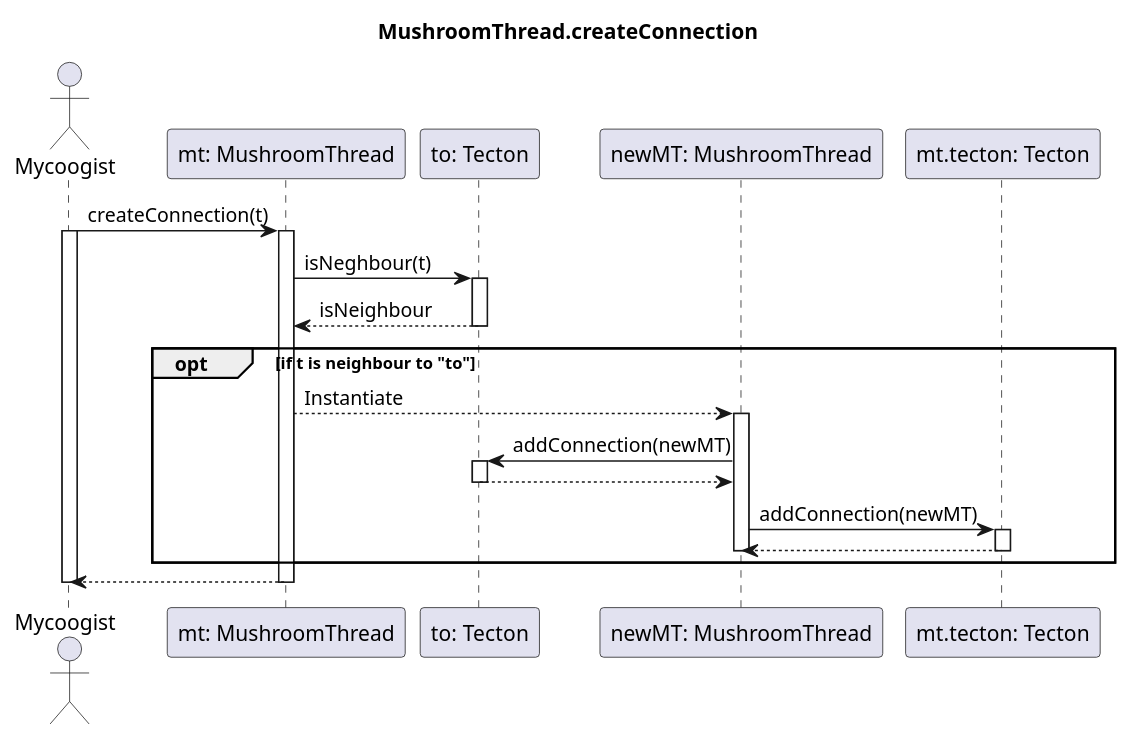
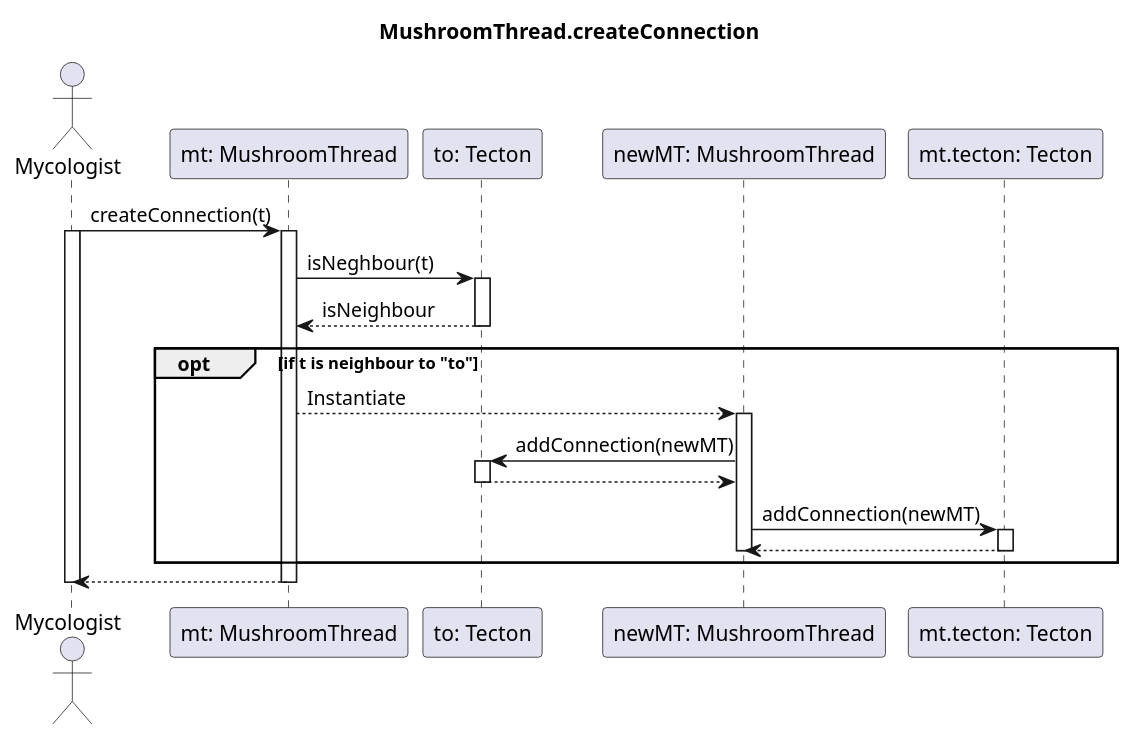
The diagram in diagrams/sequence/mushroom/mushroom_thread/createConnection.wsd (dzsem/projlab), drawn with PlantUML before and after one commit. The commit also changed 1 other file, not shown here.

```diff
--- a/diagrams/sequence/mushroom/mushroom_thread/createConnection.wsd
+++ b/diagrams/sequence/mushroom/mushroom_thread/createConnection.wsd
@@ -1,40 +1,40 @@
 @startuml Create Connection
 title MushroomThread.createConnection
 
-actor "Mycoogist" as mycologist
+actor "Mycologist" as mycologist
 participant "mt: MushroomThread" as mt
 participant "to: Tecton" as to
 participant "newMT: MushroomThread" as newMT 
 participant "mt.tecton: Tecton" as t
 
 mycologist -> mt : createConnection(t)
 activate mycologist
 activate mt
 
 mt -> to : isNeghbour(t) 
 activate to
 to --> mt : isNeighbour
 deactivate to
 
     opt if t is neighbour to "to"
         mt --> newMT : Instantiate
         activate newMT
 
         newMT -> to: addConnection(newMT)
         activate to
         to --> newMT
         deactivate to
 
         newMT -> t : addConnection(newMT)
         activate t
         t --> newMT
         deactivate t
         deactivate newMT
 
     end
 
 mycologist <-- mt
 deactivate mt
 deactivate mycologist
 
 @enduml
```
